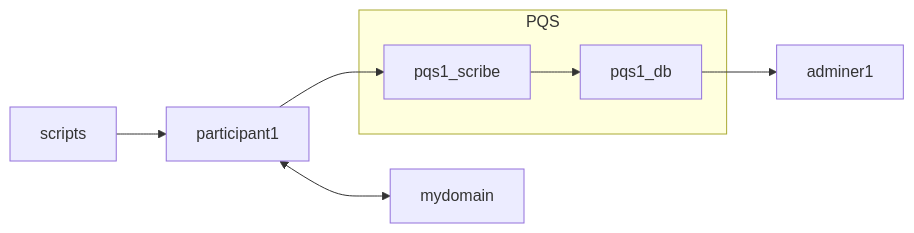
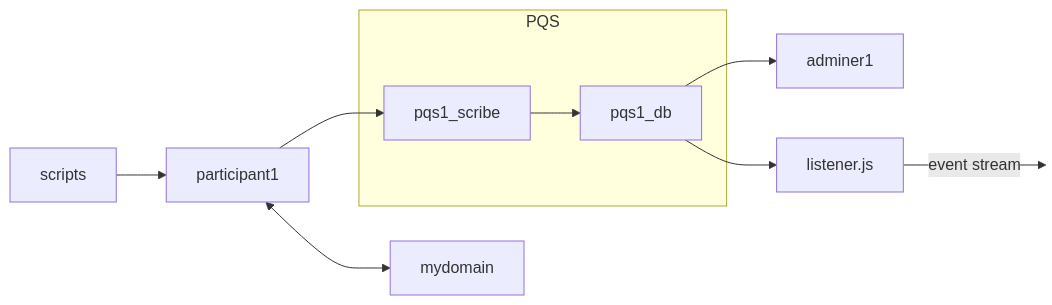
One commit to wallacekelly-da/daml-public-demos changed the diagram in README.md. Above: the diagram before and after it, drawn with Mermaid. The commit also changed other lines of this file, not shown here.

````diff
--- a/README.md
+++ b/README.md
@@ -10,10 +14,14 @@
 ```mermaid
 flowchart LR
     scripts --> participant1
     participant1 <--> mydomain
     participant1 --> pqs1_scribe
     subgraph PQS
     pqs1_scribe --> pqs1_db
     end
     pqs1_db --> adminer1
+    pqs1_db --> listener.js
+    listener.js --event stream-->kafka:::hidden
+
+    classDef hidden display: none;
 ```
````
